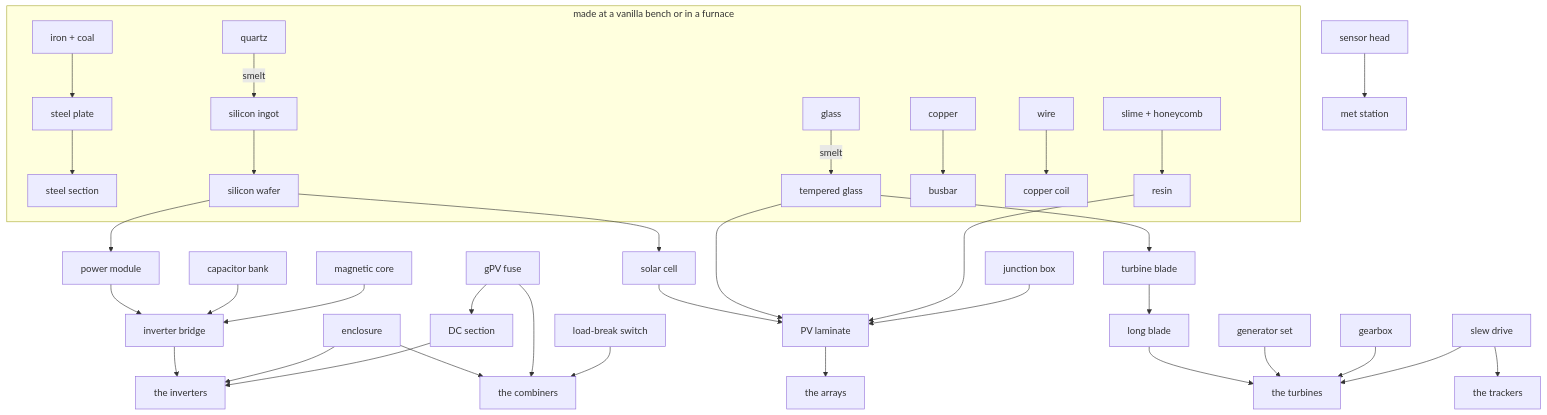
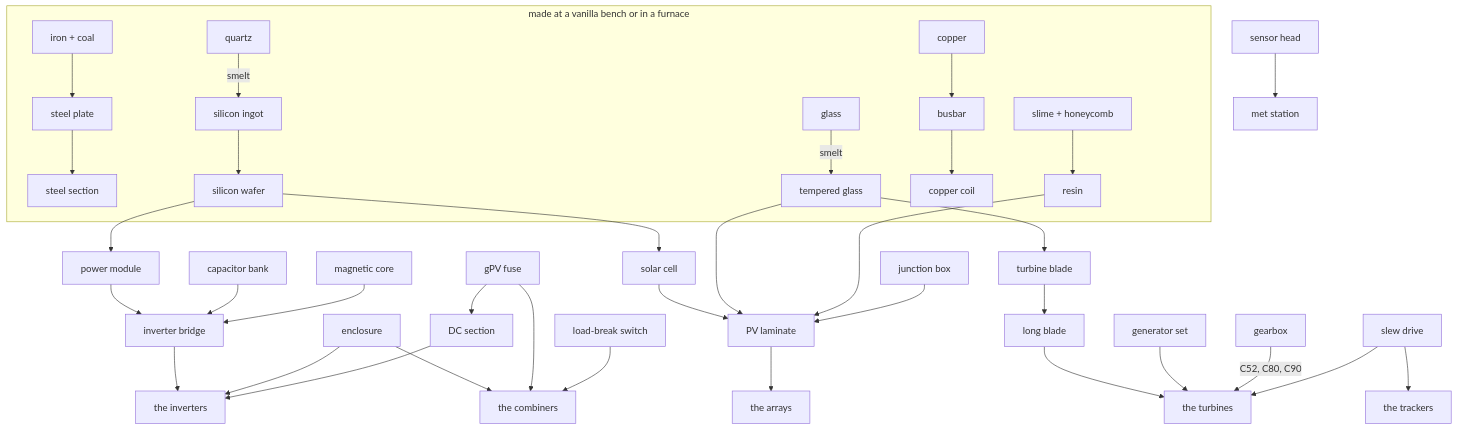
Before and after one commit to SimoneRecchia/renewables: the second of 2 diagrams in docs/items.md, drawn with Mermaid. The commit also changed other lines of this file and 4 other files, not shown here.

````diff
--- a/docs/items.md
+++ b/docs/items.md
@@ -108,33 +148,33 @@
 ```mermaid
 graph TD
   subgraph raw [made at a vanilla bench or in a furnace]
     IRON[iron + coal] --> PLATE[steel plate] --> SECTION[steel section]
     GLASS[glass] -->|smelt| TG[tempered glass]
     QUARTZ[quartz] -->|smelt| SI[silicon ingot] --> WAFER[silicon wafer]
     COPPER[copper] --> BUSBAR[busbar]
-    WIRE[wire] --> COIL[copper coil]
+    BUSBAR --> COIL[copper coil]
     SLIME[slime + honeycomb] --> RESIN[resin]
   end
   WAFER --> CELL[solar cell]
   WAFER --> PM[power module]
   CELL --> LAM[PV laminate]
   TG --> LAM
   RESIN --> LAM
   JB[junction box] --> LAM
   LAM --> ARRAY[the arrays]
   PM --> BRIDGE[inverter bridge]
   CAP[capacitor bank] --> BRIDGE
   CORE[magnetic core] --> BRIDGE
   BRIDGE --> INVERTER[the inverters]
   ENC[enclosure] --> INVERTER
   ENC --> COMBINER[the combiners]
   FUSE[gPV fuse] --> COMBINER
   FUSE --> DCSEC[DC section] --> INVERTER
   SWITCH[load-break switch] --> COMBINER
   TG --> BLADE[turbine blade] --> LONG[long blade] --> TURBINE[the turbines]
   GEN[generator set] --> TURBINE
-  GEARBOX[gearbox] --> TURBINE
+  GEARBOX[gearbox] -->|C52, C80, C90| TURBINE
   DRIVE[slew drive] --> TURBINE
   DRIVE --> TRACKER[the trackers]
   SENSOR[sensor head] --> MET[met station]
 ```
````
